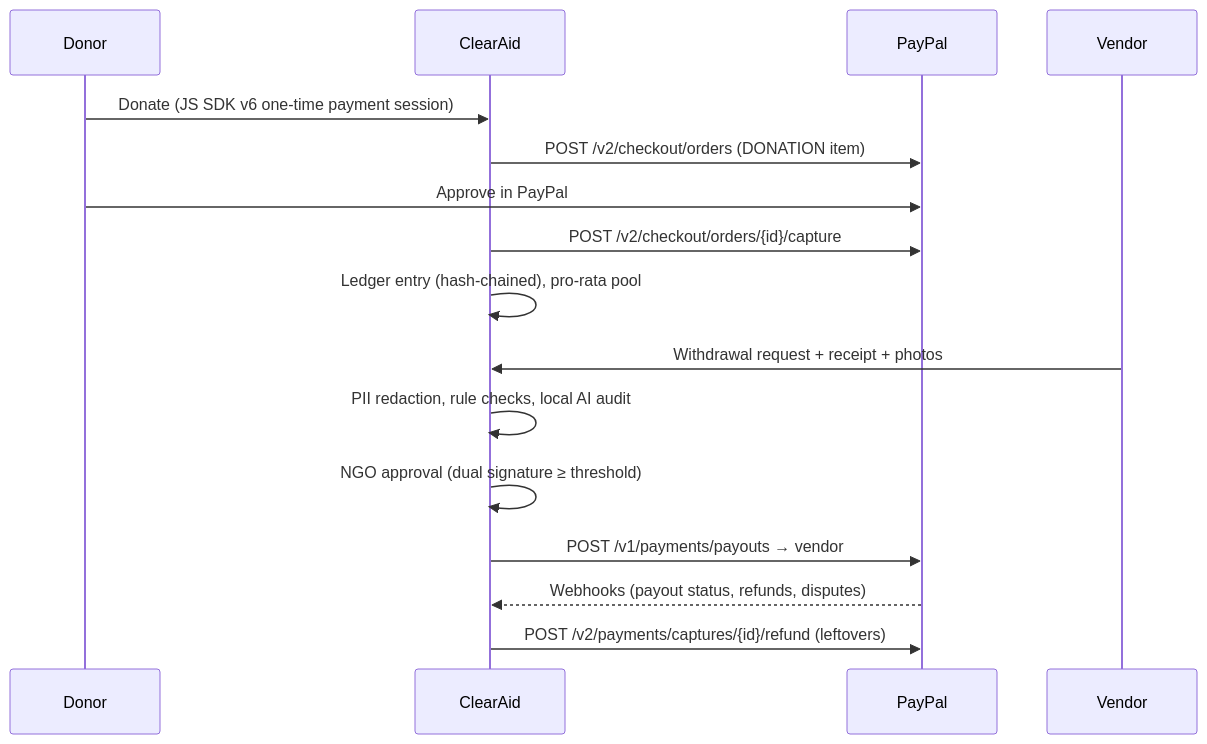
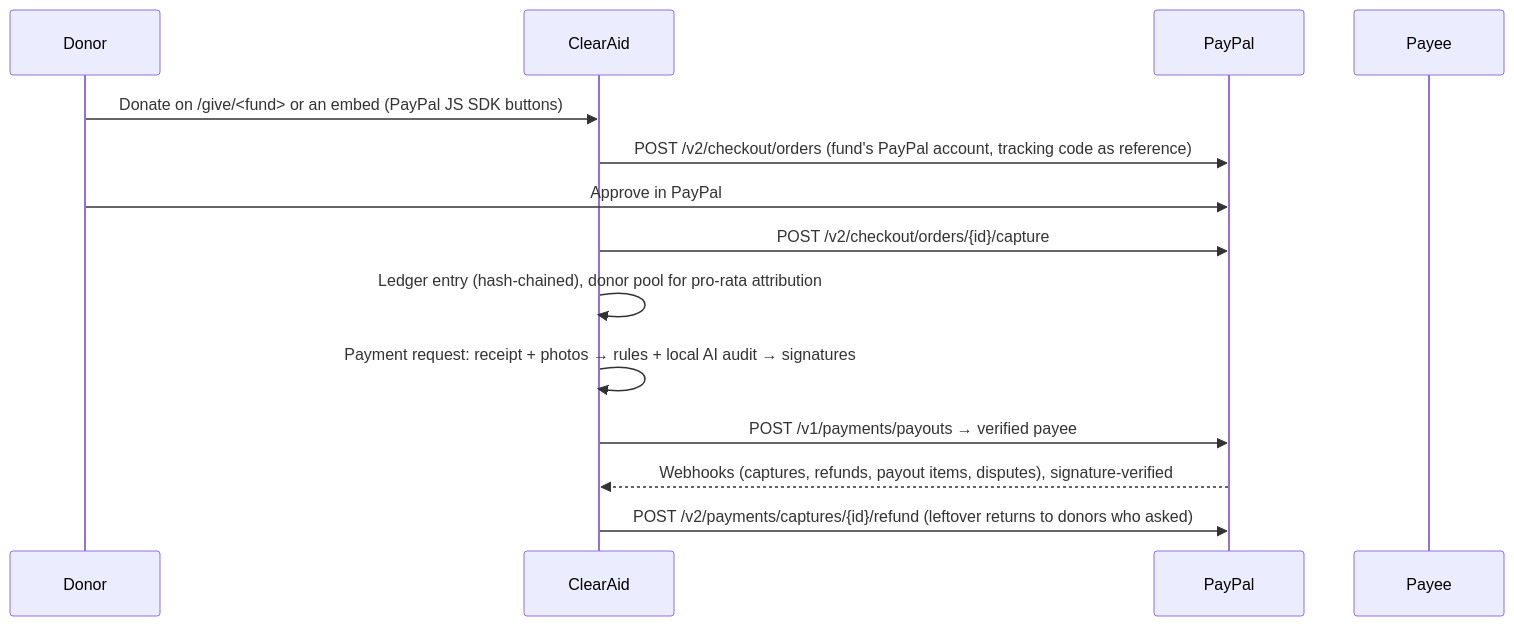
The second of 2 diagrams in README.md (Shreyro/ClearAid), drawn with Mermaid before and after one commit. The commit also changed other lines of this file and 4 other files, not shown here.

````diff
--- a/README.md
+++ b/README.md
@@ -39,18 +211,16 @@
 ```mermaid
 sequenceDiagram
   participant D as Donor
   participant C as ClearAid
   participant P as PayPal
-  participant V as Vendor
-  D->>C: Donate (JS SDK v6 one-time payment session)
-  C->>P: POST /v2/checkout/orders (DONATION item)
+  participant V as Payee
+  D->>C: Donate on /give/<fund> or an embed (PayPal JS SDK buttons)
+  C->>P: POST /v2/checkout/orders (fund's PayPal account, tracking code as reference)
   D->>P: Approve in PayPal
   C->>P: POST /v2/checkout/orders/{id}/capture
-  C->>C: Ledger entry (hash-chained), pro-rata pool
-  V->>C: Withdrawal request + receipt + photos
-  C->>C: PII redaction, rule checks, local AI audit
-  C->>C: NGO approval (dual signature ≥ threshold)
-  C->>P: POST /v1/payments/payouts → vendor
-  P-->>C: Webhooks (payout status, refunds, disputes)
-  C->>P: POST /v2/payments/captures/{id}/refund (leftovers)
+  C->>C: Ledger entry (hash-chained), donor pool for pro-rata attribution
+  C->>C: Payment request: receipt + photos → rules + local AI audit → signatures
+  C->>P: POST /v1/payments/payouts → verified payee
+  P-->>C: Webhooks (captures, refunds, payout items, disputes), signature-verified
+  C->>P: POST /v2/payments/captures/{id}/refund (leftover returns to donors who asked)
 ```
````
